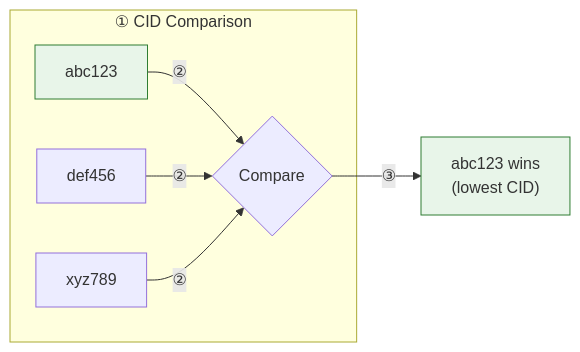
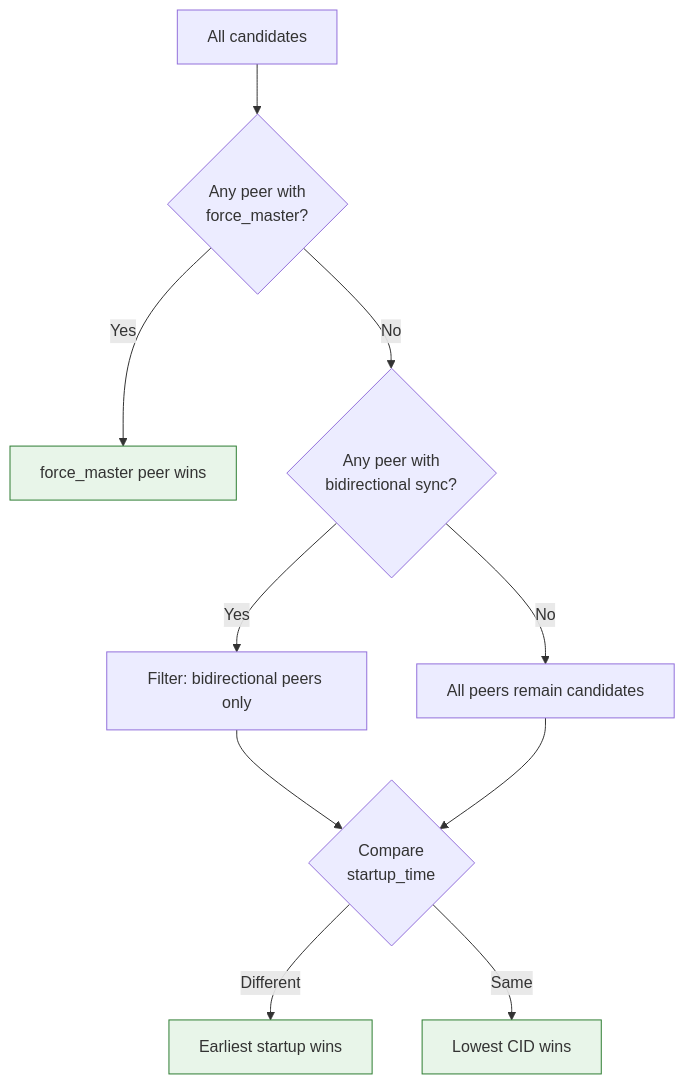
The sixth of 7 diagrams in docs/lan-mode.md (albertsdk/hsync-client), drawn with Mermaid before and after one commit. The commit also changed other lines of this file and 11 other files, not shown here.

First line of the commit message:
feat: sync direction support and LAN master election preference

````diff
--- a/docs/lan-mode.md
+++ b/docs/lan-mode.md
@@ -464,13 +480,16 @@
 ```mermaid
-flowchart LR
-    subgraph "① CID Comparison"
-        A["abc123"] -->|"②"| COMP{Compare}
-        B["def456"] -->|"②"| COMP
-        C["xyz789"] -->|"②"| COMP
-    end
+flowchart TD
+    START["All candidates"] --> FM{"Any peer with<br/>force_master?"}
+    FM -->|"Yes"| FM_WIN["force_master peer wins"]
+    FM -->|"No"| BIDIR{"Any peer with<br/>bidirectional sync?"}
+    BIDIR -->|"Yes"| BIDIR_POOL["Filter: bidirectional peers only"]
+    BIDIR -->|"No"| ALL_POOL["All peers remain candidates"]
+    BIDIR_POOL --> STARTUP{"Compare<br/>startup_time"}
+    ALL_POOL --> STARTUP
+    STARTUP -->|"Different"| EARLIEST["Earliest startup wins"]
+    STARTUP -->|"Same"| CID["Lowest CID wins"]
 
-    COMP -->|"③"| RESULT["abc123 wins<br/>(lowest CID)"]
-
-    style A fill:#e8f5e9,stroke:#2e7d32
-    style RESULT fill:#e8f5e9,stroke:#2e7d32
+    style FM_WIN fill:#e8f5e9,stroke:#2e7d32
+    style EARLIEST fill:#e8f5e9,stroke:#2e7d32
+    style CID fill:#e8f5e9,stroke:#2e7d32
 ```
````
